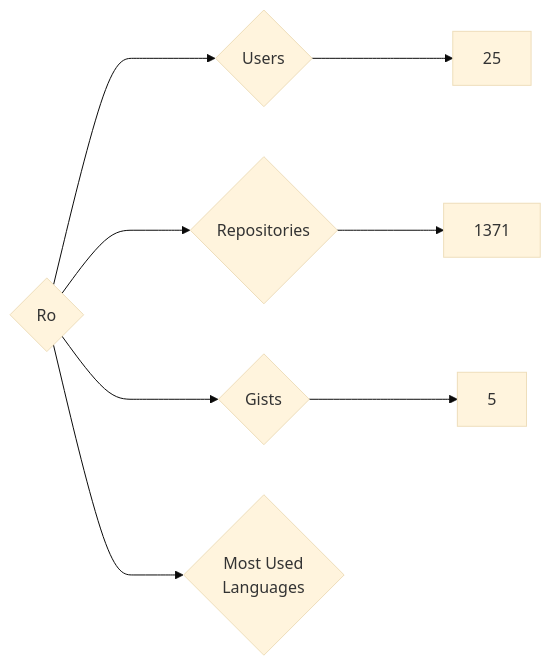
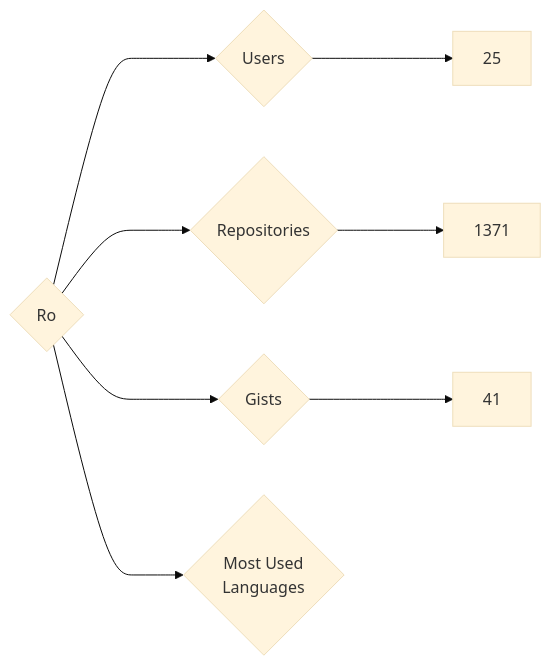
The diagram in targets/Ro/README.md (nenadzaric/insiders), drawn with Mermaid (base theme) before and after one commit. The commit also changed 1342 other files, not shown here.

````diff
--- a/targets/Ro/README.md
+++ b/targets/Ro/README.md
@@ -3,8 +3,8 @@
 ```mermaid
 graph LR
 COMPANY_NAME{Ro}
 COMPANY_NAME ---> U{Users} ---> UN[25]
 COMPANY_NAME ---> R{Repositories} ---> RN[1371]
-COMPANY_NAME ---> G{Gists} ---> GN[5]
+COMPANY_NAME ---> G{Gists} ---> GN[41]
 COMPANY_NAME ---> ML{Most Used<br>Languages}
 ```
````
